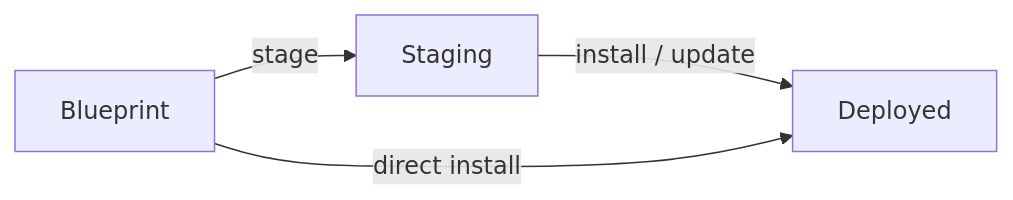
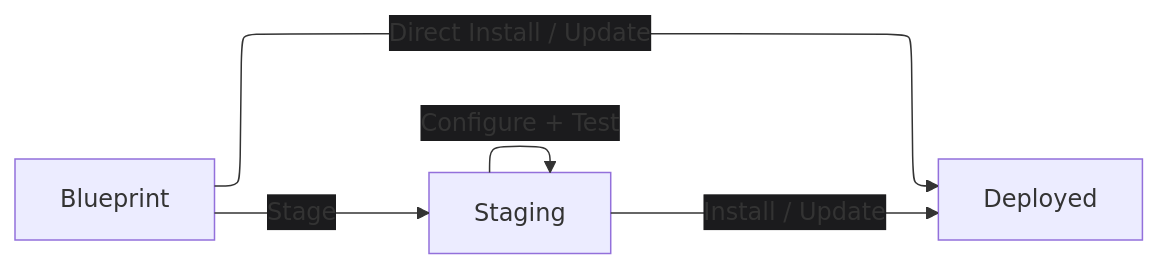
Before and after one commit to omry/reploy: the diagram in website/docs/intro.md, drawn with Mermaid.

Commit message:
Update website lifecycle diagram

````diff
--- a/website/docs/intro.md
+++ b/website/docs/intro.md
@@ -17,10 +17,17 @@
 ```mermaid
+---
+config:
+  layout: elk
+  themeVariables:
+    edgeLabelBackground: "#1b1b1d"
+---
 flowchart LR
   B[Blueprint]
   S[Staging]
   D[Deployed]
 
-  B -->|stage| S
-  S -->|install / update| D
-  B -->|direct install| D
+  B -->|Stage| S
+  S -->|Configure + Test| S
+  S -->|Install / Update| D
+  B ---->|Direct Install / Update| D
 ```
````
